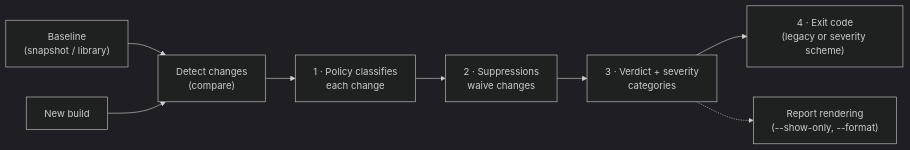
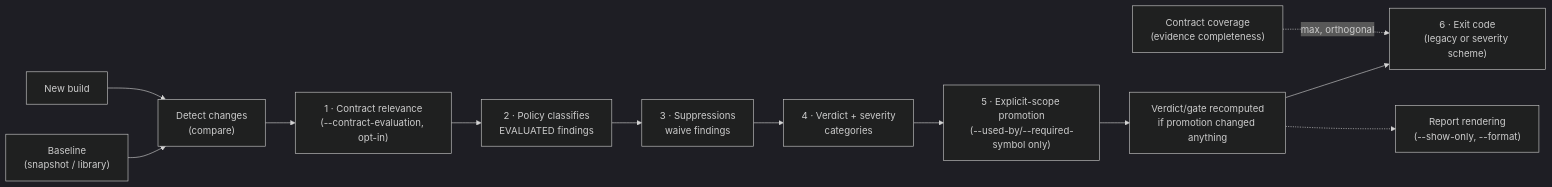
The diagram in docs/use/ci-gating.md (abicheck/abicheck), drawn with Mermaid (dark theme) before and after one commit. The commit also changed other lines of this file and 23 other files, not shown here.

Commit message:
docs: fix stale contract-evaluation, pipeline-order, and aggregate-axes claims (#675)

````diff
--- a/docs/use/ci-gating.md
+++ b/docs/use/ci-gating.md
@@ -20,10 +26,14 @@
 ```mermaid
 flowchart LR
     B["Baseline<br/>(snapshot / library)"] --> D["Detect changes<br/>(compare)"]
     N["New build"] --> D
-    D --> P["1 · Policy classifies<br/>each change"]
-    P --> S["2 · Suppressions<br/>waive changes"]
-    S --> V["3 · Verdict + severity<br/>categories"]
-    V --> E["4 · Exit code<br/>(legacy or severity scheme)"]
-    V -.-> R["Report rendering<br/>(--show-only, --format)"]
+    D --> CR["1 · Contract relevance<br/>(--contract-evaluation, opt-in)"]
+    CR --> P["2 · Policy classifies<br/>EVALUATED findings"]
+    P --> S["3 · Suppressions<br/>waive findings"]
+    S --> V["4 · Verdict + severity<br/>categories"]
+    V --> PR["5 · Explicit-scope promotion<br/>(--used-by/--required-symbol only)"]
+    PR --> V2["Verdict/gate recomputed<br/>if promotion changed anything"]
+    V2 --> E["6 · Exit code<br/>(legacy or severity scheme)"]
+    CC["Contract coverage<br/>(evidence completeness)"] -.->|max, orthogonal| E
+    V2 -.-> R["Report rendering<br/>(--show-only, --format)"]
 ```
````
